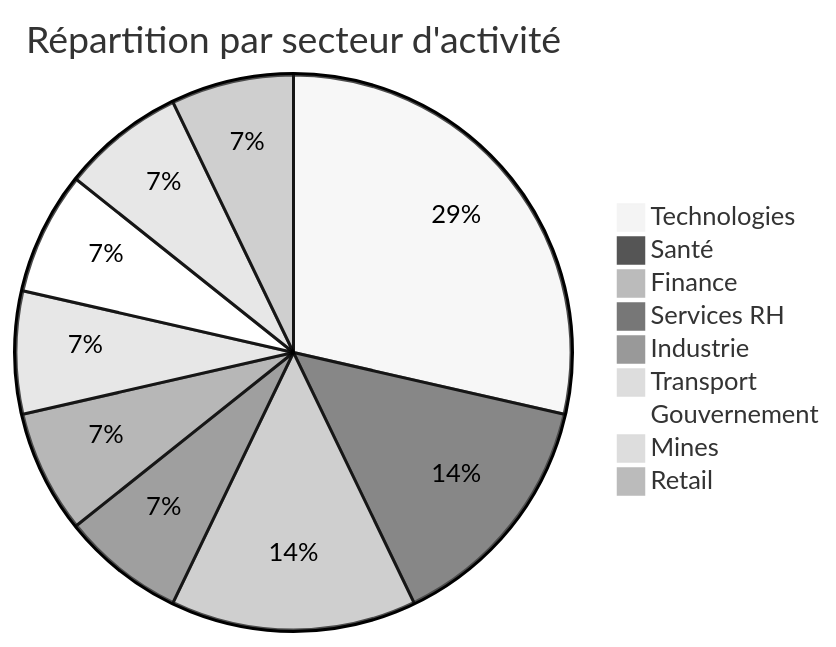
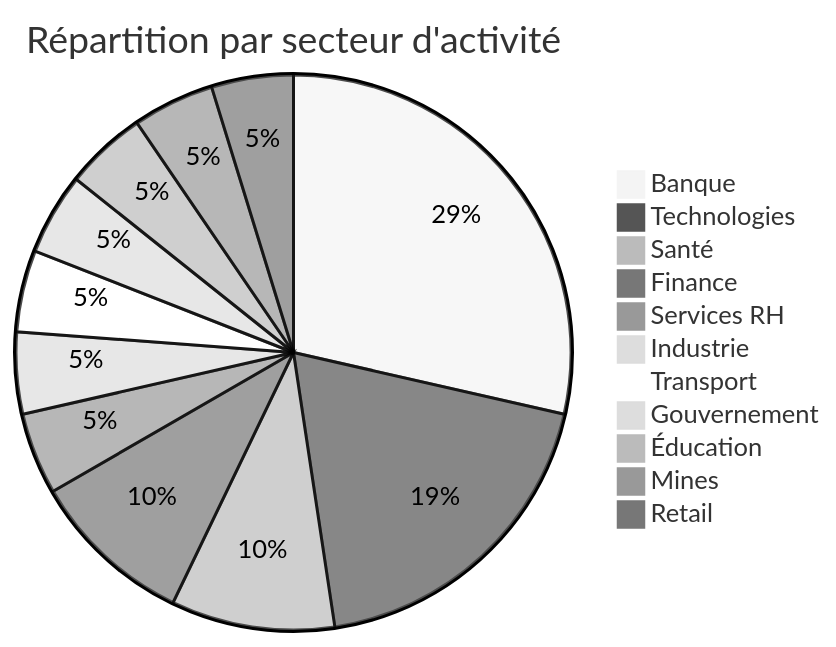
The second of 4 diagrams in CyberAttackAfrica/2025/05-may/README_FR.md (Hatchepsoute/AFRINTEL), drawn with Mermaid (neutral theme) before and after one commit. The commit also changed other lines of this file and 255 other files, not shown here.

````diff
--- a/CyberAttackAfrica/2025/05-may/README_FR.md
+++ b/CyberAttackAfrica/2025/05-may/README_FR.md
@@ -58,12 +64,14 @@
 ```mermaid
 pie title Répartition par secteur d'activité
+    "Banque" : 6
     "Technologies" : 4
     "Santé" : 2
     "Finance" : 2
     "Services RH" : 1
     "Industrie" : 1
     "Transport" : 1
     "Gouvernement" : 1
+    "Éducation" : 1
     "Mines" : 1
     "Retail" : 1
 ```
````
